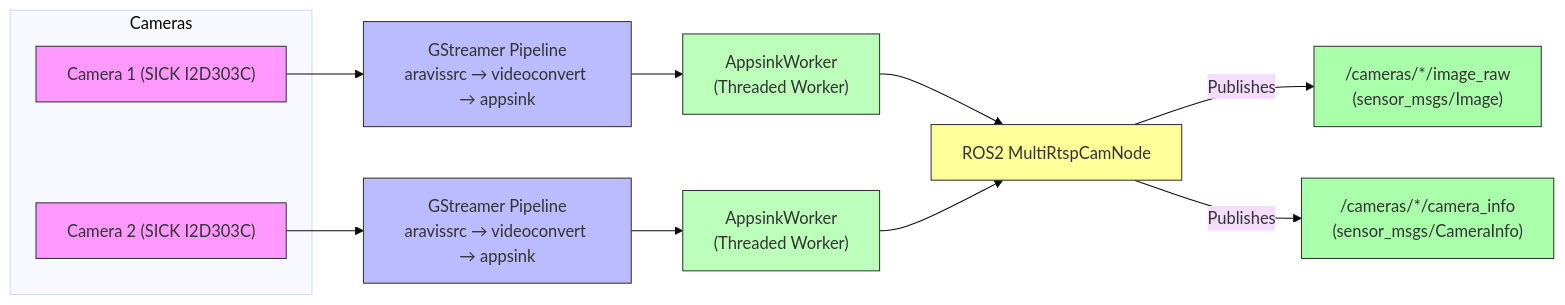
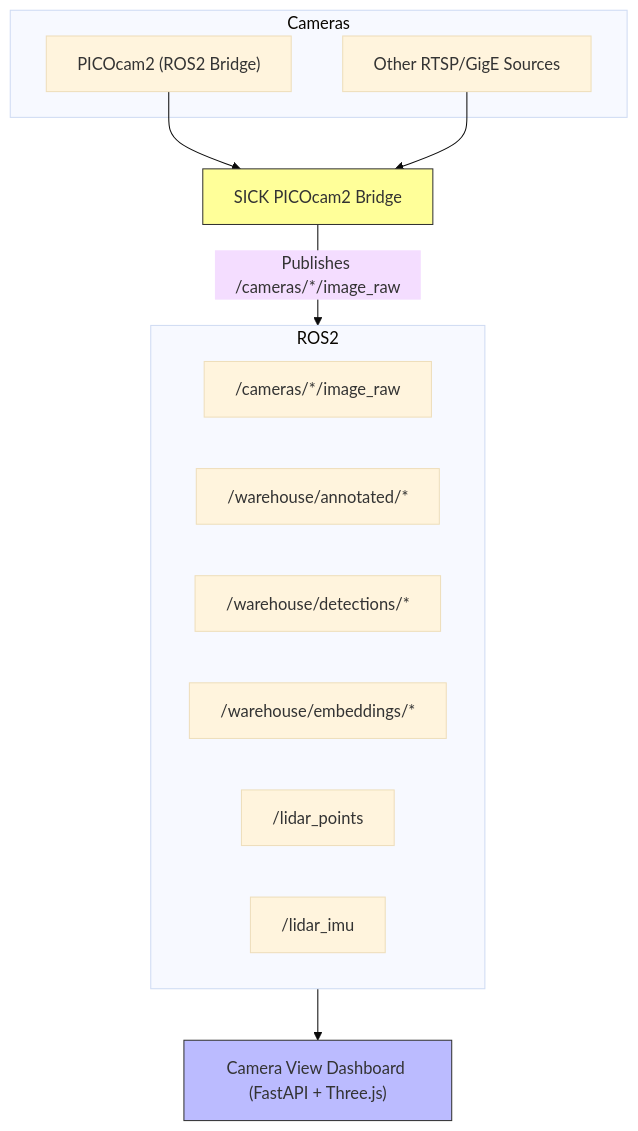
The diagram in Readme.md (sriceumich/multicamera_ros2), drawn with Mermaid (base theme) before and after one commit. The commit also changed other lines of this file and 2 other files, not shown here.

````diff
--- a/Readme.md
+++ b/Readme.md
@@ -82,30 +59,25 @@
 ```mermaid
-flowchart LR
+flowchart TD
     subgraph Cameras
-        CAM1["Camera 1 (SICK I2D303C)"]
-        CAM2["Camera 2 (SICK I2D303C)"]
+        C1["PICOcam2 (ROS2 Bridge)"]
+        C2["Other RTSP/GigE Sources"]
     end
 
-    CAM1 --> GST1["GStreamer Pipeline<br/>aravissrc → videoconvert → appsink"]
-    CAM2 --> GST2["GStreamer Pipeline<br/>aravissrc → videoconvert → appsink"]
+    C1 --> BRIDGE["SICK PICOcam2 Bridge"]
+    C2 --> BRIDGE
+    BRIDGE -->|Publishes /cameras/*/image_raw| ROS2["ROS2 Topics"]
 
-    GST1 --> W1["AppsinkWorker<br/>(Threaded Worker)"]
-    GST2 --> W2["AppsinkWorker<br/>(Threaded Worker)"]
+    subgraph ROS2
+        ROS2IMG["/cameras/*/image_raw"]
+        ROS2ANN["/warehouse/annotated/*"]
+        ROS2DET["/warehouse/detections/*"]
+        ROS2EMB["/warehouse/embeddings/*"]
+        ROS2LIDAR["/lidar_points"]
+        ROS2IMU["/lidar_imu"]
+    end
 
-    W1 --> NODE["ROS2 MultiRtspCamNode"]
-    W2 --> NODE
+    ROS2 --> VIEW["Camera View Dashboard (FastAPI + Three.js)"]
 
-    NODE -->|Publishes| IMG["/cameras/*/image_raw<br/>(sensor_msgs/Image)"]
-    NODE -->|Publishes| INFO["/cameras/*/camera_info<br/>(sensor_msgs/CameraInfo)"]
-
-    style CAM1 fill:#f9f,stroke:#333,stroke-width:1px
-    style CAM2 fill:#f9f,stroke:#333,stroke-width:1px
-    style GST1 fill:#bbf,stroke:#333,stroke-width:1px
-    style GST2 fill:#bbf,stroke:#333,stroke-width:1px
-    style W1 fill:#bfb,stroke:#333,stroke-width:1px
-    style W2 fill:#bfb,stroke:#333,stroke-width:1px
-    style NODE fill:#ff9,stroke:#333,stroke-width:1px
-    style IMG fill:#afa,stroke:#333,stroke-width:1px
-    style INFO fill:#afa,stroke:#333,stroke-width:1px
-
+    style BRIDGE fill:#ff9,stroke:#333,stroke-width:1px
+    style VIEW fill:#bbf,stroke:#333,stroke-width:1px
 ```
````
